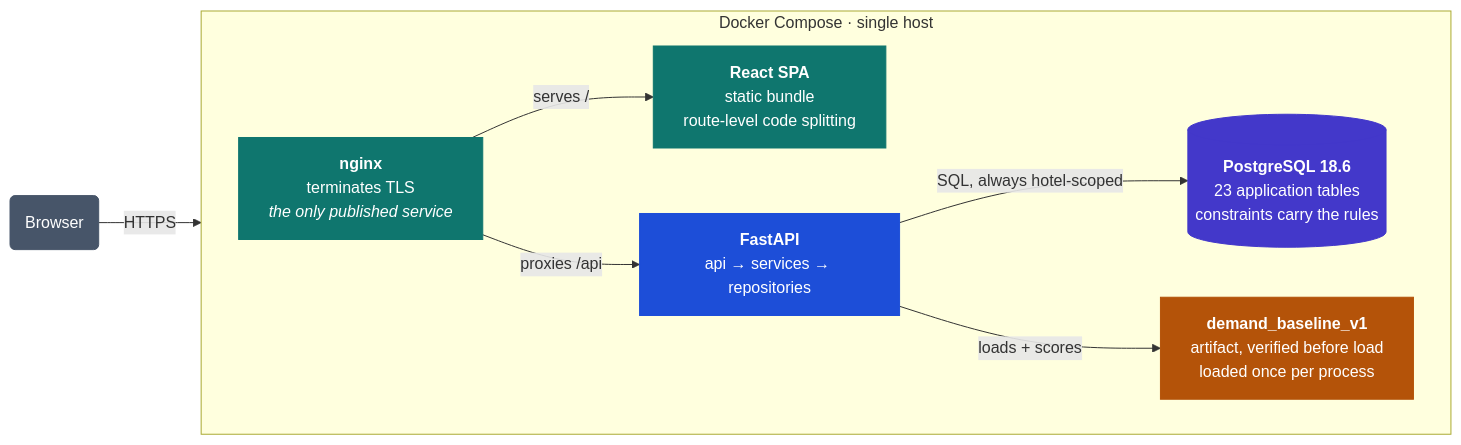
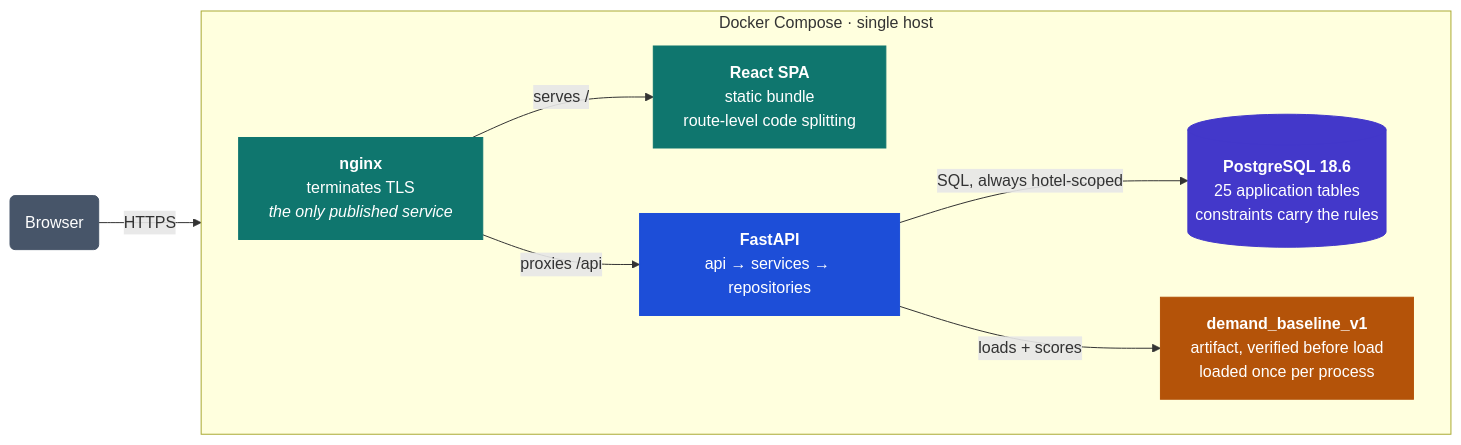
The first of 3 diagrams in README.md (geortsam/AI_Hotel_Intelligence_Platform), drawn with Mermaid before and after one commit. The commit also changed other lines of this file and 48 other files, not shown here.

First line of the commit message:
feat(knowledge): hotel knowledge documents with PostgreSQL full-text search

````diff
--- a/README.md
+++ b/README.md
@@ -211,30 +212,30 @@
 ```mermaid
 flowchart LR
     B("Browser")
 
     subgraph host["Docker Compose · single host"]
         direction LR
         N["<b>nginx</b><br/>terminates TLS<br/><i>the only published service</i>"]
         S["<b>React SPA</b><br/>static bundle<br/>route-level code splitting"]
         A["<b>FastAPI</b><br/>api → services → repositories"]
         M["<b>demand_baseline_v1</b><br/>artifact, verified before load<br/>loaded once per process"]
-        D[("<b>PostgreSQL 18.6</b><br/>23 application tables<br/>constraints carry the rules")]
+        D[("<b>PostgreSQL 18.6</b><br/>25 application tables<br/>constraints carry the rules")]
     end
 
     B -- "HTTPS" --> N
     N -- "serves /" --> S
     N -- "proxies /api" --> A
     A -- "SQL, always hotel-scoped" --> D
     A -- "loads + scores" --> M
 
     classDef edge fill:#0f766e,stroke:#0f766e,color:#ffffff
     classDef app fill:#1d4ed8,stroke:#1d4ed8,color:#ffffff
     classDef data fill:#4338ca,stroke:#4338ca,color:#ffffff
     classDef model fill:#b45309,stroke:#b45309,color:#ffffff
     classDef ext fill:#475569,stroke:#475569,color:#ffffff
     class N,S edge
     class A app
     class D data
     class M model
     class B ext
 ```
````
